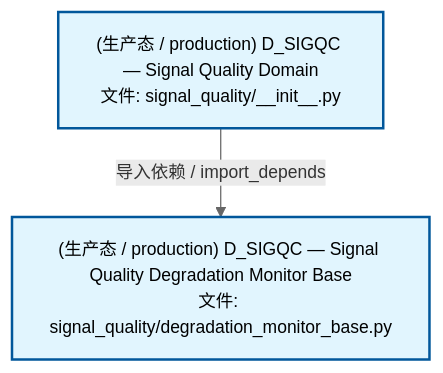
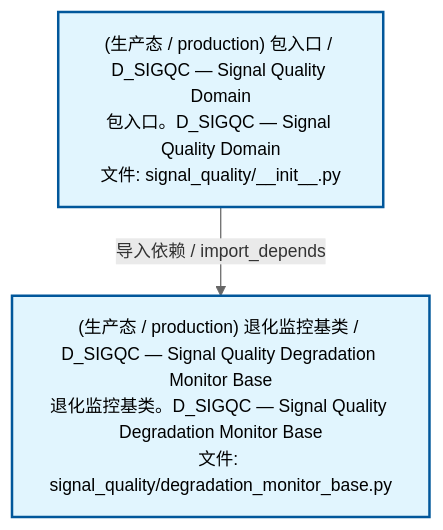
Before and after one commit to xuanFelixVan/ZephyrAlpha: the second of 3 diagrams in docs/02_enterprise_architecture/02_domain_architecture_docs/69_d_sigqc.md, drawn with Mermaid. The commit also changed other lines of this file and 60 other files, not shown here.

````diff
--- a/docs/02_enterprise_architecture/02_domain_architecture_docs/69_d_sigqc.md
+++ b/docs/02_enterprise_architecture/02_domain_architecture_docs/69_d_sigqc.md
@@ -75,12 +75,12 @@
 ```mermaid
 %%{init: {'theme': 'base', 'themeVariables': {'primaryColor': '#eaeaea', 'primaryTextColor': '#333333', 'primaryBorderColor': '#666666', 'lineColor': '#666666', 'secondaryColor': '#eaeaea', 'tertiaryColor': '#eaeaea', 'fontSize': '14px'}}}%%
 flowchart TD
-    src_zephyr_signal_quality_init_py["(生产态 / production) D_SIGQC — Signal Quality Domain<br/>文件: signal_quality/__init__.py"]
-    src_zephyr_signal_quality_degradation_monitor_base_py["(生产态 / production) D_SIGQC — Signal Quality Degradation Monitor Base<br/>文件: signal_quality/degradation_monitor_base.py"]
+    src_zephyr_signal_quality_init_py["(生产态 / production) 包入口 / D_SIGQC — Signal Quality Domain<br/>包入口。D_SIGQC — Signal Quality Domain<br/>文件: signal_quality/__init__.py"]
+    src_zephyr_signal_quality_degradation_monitor_base_py["(生产态 / production) 退化监控基类 / D_SIGQC — Signal Quality Degradation Monitor Base<br/>退化监控基类。D_SIGQC — Signal Quality Degradation Monitor Base<br/>文件: signal_quality/degradation_monitor_base.py"]
     src_zephyr_signal_quality_init_py -->|导入依赖 / import_depends| src_zephyr_signal_quality_degradation_monitor_base_py
     classDef production fill:#e1f5fe,stroke:#01579b,stroke-width:2px,color:#000
     classDef design fill:#fff3e0,stroke:#e65100,stroke-width:2px,color:#000,stroke-dasharray: 5 5
     classDef external_prod fill:#e8f4fd,stroke:#0277bd,stroke-width:1px,color:#000
     classDef external_design fill:#fff8e7,stroke:#ef6c00,stroke-width:1px,color:#000,stroke-dasharray: 5 5
     class src_zephyr_signal_quality_init_py,src_zephyr_signal_quality_degradation_monitor_base_py production
 ```
````
